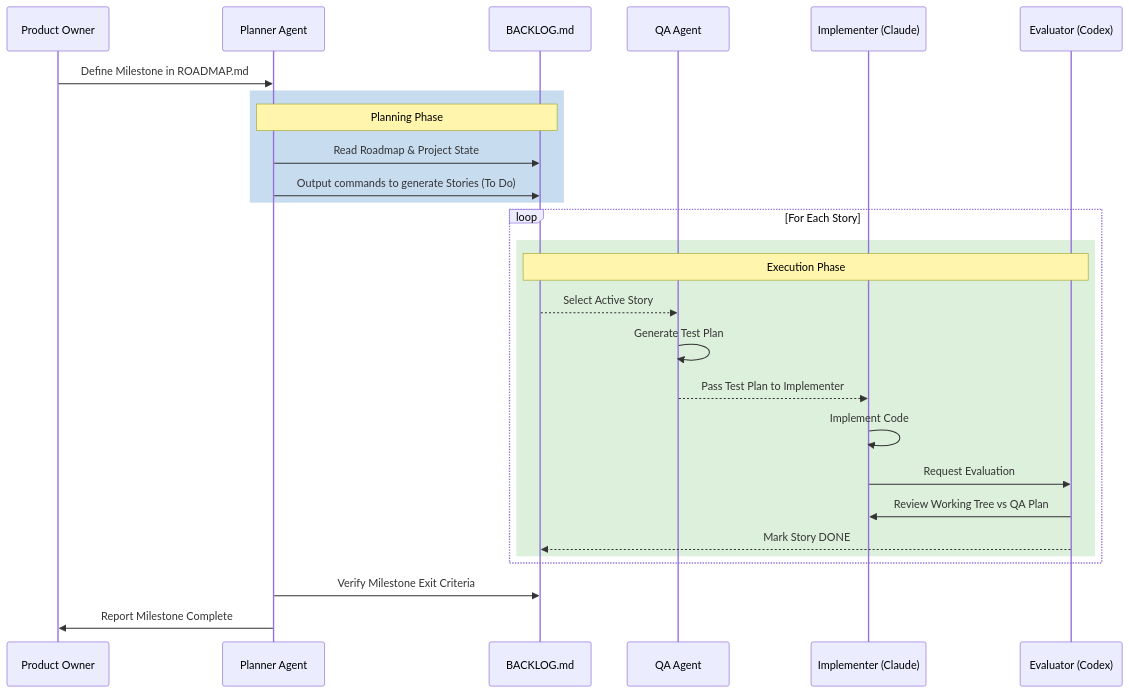
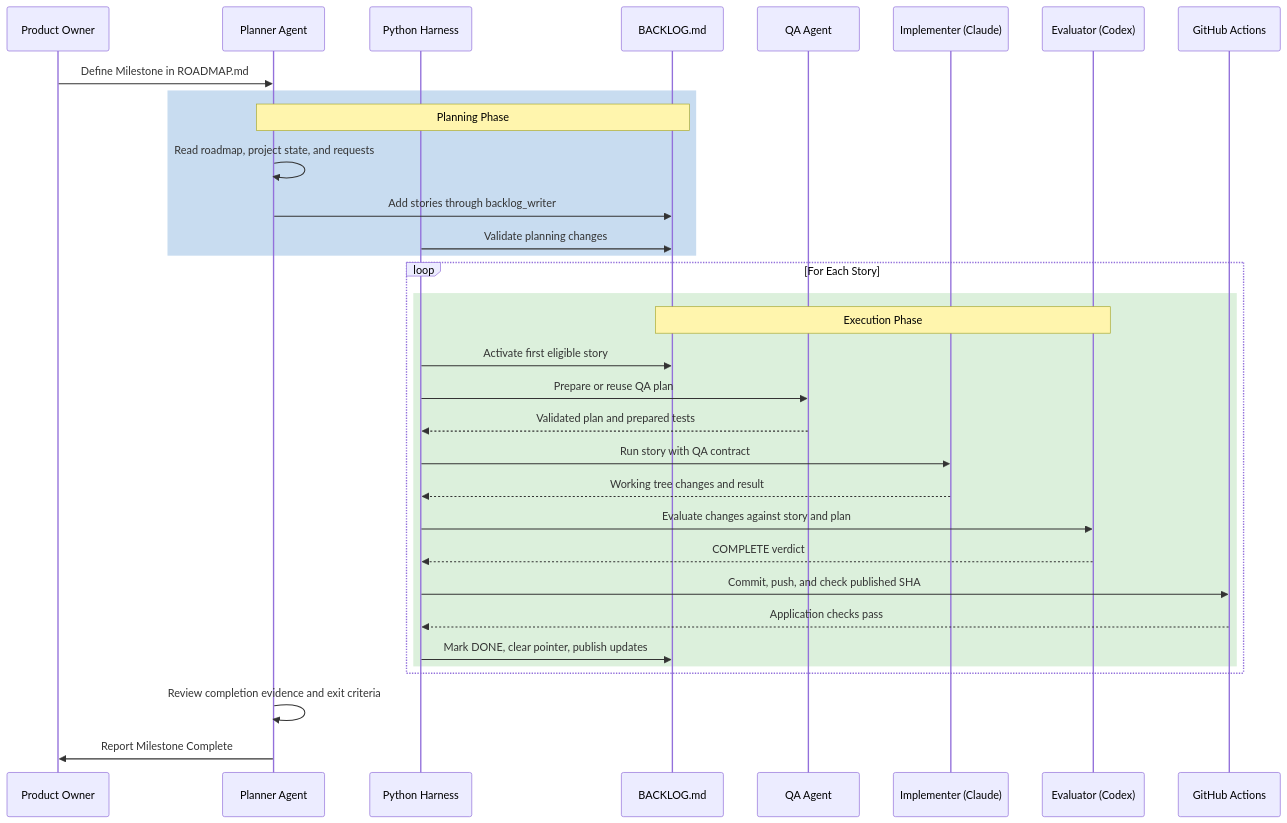
One commit to Nebettadjsr/GW2 changed the second of 3 diagrams in agent/docs/WORKFLOW_DIAGRAMS.md. Above: the diagram before and after it, drawn with Mermaid. The commit also changed other lines of this file and 4 other files, not shown here.

````diff
--- a/agent/docs/WORKFLOW_DIAGRAMS.md
+++ b/agent/docs/WORKFLOW_DIAGRAMS.md
@@ -41,33 +43,39 @@
 ```mermaid
 sequenceDiagram
     participant PO as Product Owner
     participant P as Planner Agent
+    participant H as Python Harness
     participant B as BACKLOG.md
     participant QA as QA Agent
     participant C as Implementer (Claude)
     participant E as Evaluator (Codex)
+    participant CI as GitHub Actions
 
     PO->>P: Define Milestone in ROADMAP.md
 
     rect rgb(200, 220, 240)
         Note over P,B: Planning Phase
-        P->>B: Read Roadmap & Project State
-        P->>B: Output commands to generate Stories (To Do)
+        P->>P: Read roadmap, project state, and requests
+        P->>B: Add stories through backlog_writer
+        H->>B: Validate planning changes
     end
 
     loop For Each Story
         rect rgb(220, 240, 220)
             Note over B,E: Execution Phase
-            B-->>QA: Select Active Story
-            QA->>QA: Generate Test Plan
-            QA-->>C: Pass Test Plan to Implementer
-            C->>C: Implement Code
-            C->>E: Request Evaluation
-            E->>C: Review Working Tree vs QA Plan
-            E-->>B: Mark Story DONE
+            H->>B: Activate first eligible story
+            H->>QA: Prepare or reuse QA plan
+            QA-->>H: Validated plan and prepared tests
+            H->>C: Run story with QA contract
+            C-->>H: Working tree changes and result
+            H->>E: Evaluate changes against story and plan
+            E-->>H: COMPLETE verdict
+            H->>CI: Commit, push, and check published SHA
+            CI-->>H: Application checks pass
+            H->>B: Mark DONE, clear pointer, publish updates
         end
     end
 
-    P->>B: Verify Milestone Exit Criteria
+    P->>P: Review completion evidence and exit criteria
     P->>PO: Report Milestone Complete
 ```
````
